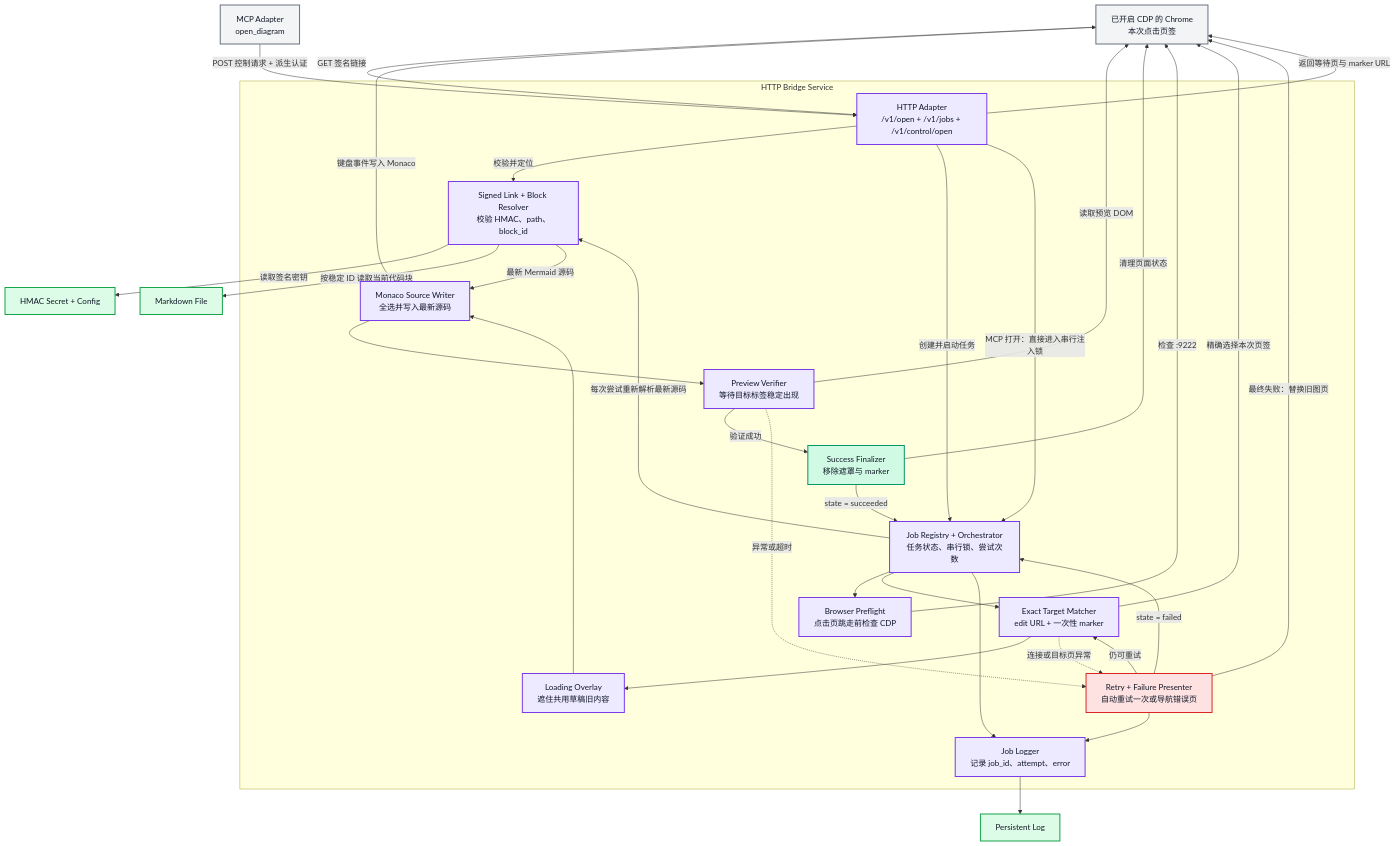
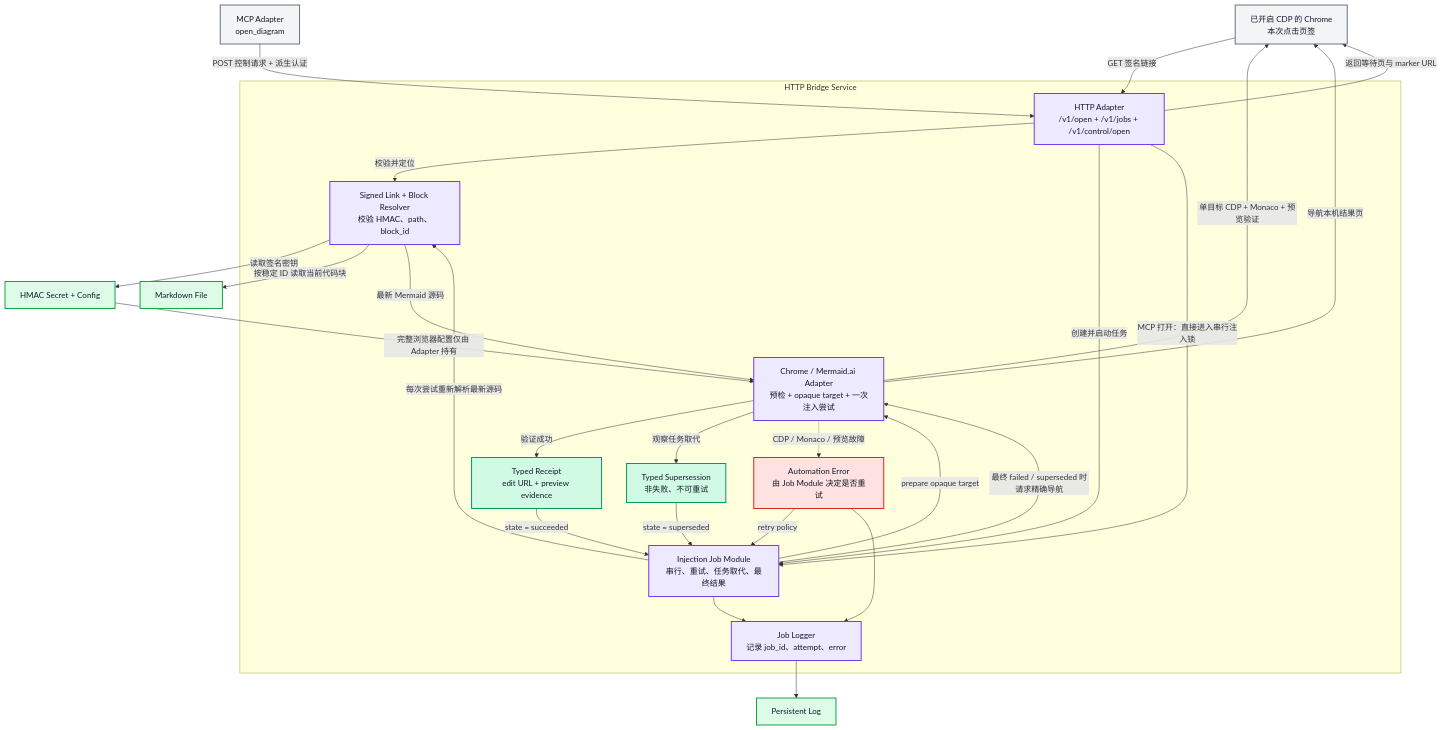
The third of 3 diagrams in docs/C4.md (Async23/mermaid-ai-links), drawn with Mermaid before and after one commit. The commit also changed other lines of this file and 13 other files, not shown here.

Commit message:
refactor: deepen Mermaid automation boundary

````diff
--- a/docs/C4.md
+++ b/docs/C4.md
@@ -134,71 +134,60 @@
 ```mermaid
 flowchart TB
     external_chrome["已开启 CDP 的 Chrome<br/>本次点击页签"]
     external_mcp["MCP Adapter<br/>open_diagram"]
     store_docs["Markdown File"]
     store_secret["HMAC Secret + Config"]
     store_log["Persistent Log"]
 
     subgraph service_boundary ["HTTP Bridge Service"]
         component_http["HTTP Adapter<br/>/v1/open + /v1/jobs + /v1/control/open"]
         component_resolver["Signed Link + Block Resolver<br/>校验 HMAC、path、block_id"]
-        component_jobs["Job Registry + Orchestrator<br/>任务状态、串行锁、尝试次数"]
-        component_preflight["Browser Preflight<br/>点击页跳走前检查 CDP"]
-
-        component_target["Exact Target Matcher<br/>edit URL + 一次性 marker"]
-        component_overlay["Loading Overlay<br/>遮住共用草稿旧内容"]
-        component_writer["Monaco Source Writer<br/>全选并写入最新源码"]
-        component_verifier["Preview Verifier<br/>等待目标标签稳定出现"]
-        component_success["Success Finalizer<br/>移除遮罩与 marker"]
-        component_failure["Retry + Failure Presenter<br/>自动重试一次或导航错误页"]
+        component_jobs["Injection Job Module<br/>串行、重试、任务取代、最终结果"]
+        component_browser["Chrome / Mermaid.ai Adapter<br/>预检 + opaque target + 一次注入尝试"]
+        component_success["Typed Receipt<br/>edit URL + preview evidence"]
+        component_superseded["Typed Supersession<br/>非失败、不可重试"]
+        component_failure["Automation Error<br/>由 Job Module 决定是否重试"]
         component_logger["Job Logger<br/>记录 job_id、attempt、error"]
     end
 
     external_chrome -->|"GET 签名链接"| component_http
     external_mcp -->|"POST 控制请求 + 派生认证"| component_http
     component_http -->|"校验并定位"| component_resolver
     component_resolver -->|"读取签名密钥"| store_secret
     component_resolver -->|"按稳定 ID 读取当前代码块"| store_docs
     component_http -->|"创建并启动任务"| component_jobs
     component_http -->|"MCP 打开：直接进入串行注入锁"| component_jobs
     component_http -->|"返回等待页与 marker URL"| external_chrome
 
-    component_jobs --> component_preflight
-    component_preflight -->|"检查 :9222"| external_chrome
     component_jobs -->|"每次尝试重新解析最新源码"| component_resolver
-    component_jobs --> component_target
+    component_jobs -->|"prepare opaque target"| component_browser
+    component_resolver -->|"最新 Mermaid 源码"| component_browser
+    component_browser -->|"单目标 CDP + Monaco + 预览验证"| external_chrome
+    store_secret -->|"完整浏览器配置仅由 Adapter 持有"| component_browser
 
-    component_target -->|"精确选择本次页签"| external_chrome
-    component_target --> component_overlay
-    component_overlay --> component_writer
-    component_resolver -->|"最新 Mermaid 源码"| component_writer
-    component_writer -->|"键盘事件写入 Monaco"| external_chrome
-    component_writer --> component_verifier
-    component_verifier -->|"读取预览 DOM"| external_chrome
-
-    component_verifier -->|"验证成功"| component_success
-    component_success -->|"清理页面状态"| external_chrome
+    component_browser -->|"验证成功"| component_success
     component_success -->|"state = succeeded"| component_jobs
 
-    component_verifier -.->|"异常或超时"| component_failure
-    component_target -.->|"连接或目标页异常"| component_failure
-    component_failure -->|"仍可重试"| component_target
-    component_failure -->|"最终失败：替换旧图页"| external_chrome
-    component_failure -->|"state = failed"| component_jobs
+    component_browser -->|"观察任务取代"| component_superseded
+    component_superseded -->|"state = superseded"| component_jobs
+    component_browser -.->|"CDP / Monaco / 预览故障"| component_failure
+    component_failure -->|"retry policy"| component_jobs
+    component_jobs -->|"最终 failed / superseded 时请求精确导航"| component_browser
+    component_browser -->|"导航本机结果页"| external_chrome
 
     component_jobs --> component_logger
     component_failure --> component_logger
     component_logger --> store_log
 
     classDef component fill:#EDE9FE,stroke:#7C3AED,color:#111827,stroke-width:2px
     classDef external fill:#F3F4F6,stroke:#6B7280,color:#111827,stroke-width:2px
     classDef store fill:#DCFCE7,stroke:#16A34A,color:#111827,stroke-width:2px
     classDef failure fill:#FEE2E2,stroke:#DC2626,color:#111827,stroke-width:2px
     classDef success fill:#D1FAE5,stroke:#059669,color:#111827,stroke-width:2px
 
-    class component_http,component_resolver,component_jobs,component_preflight,component_target,component_overlay,component_writer,component_verifier,component_logger component
+    class component_http,component_resolver,component_jobs,component_browser,component_logger component
     class component_failure failure
-    class component_success success
+    class component_success,component_superseded success
     class external_chrome,external_mcp external
     class store_docs,store_secret,store_log store
 ```
````
